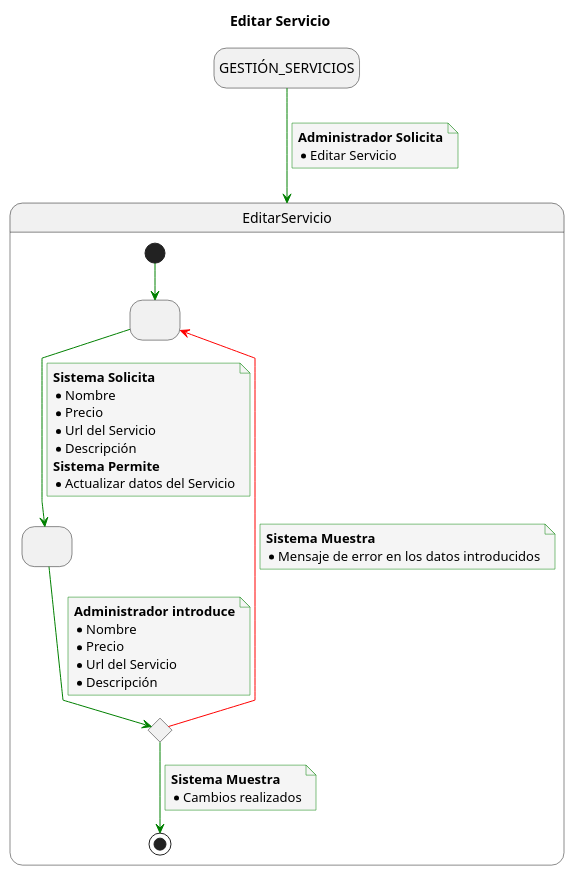
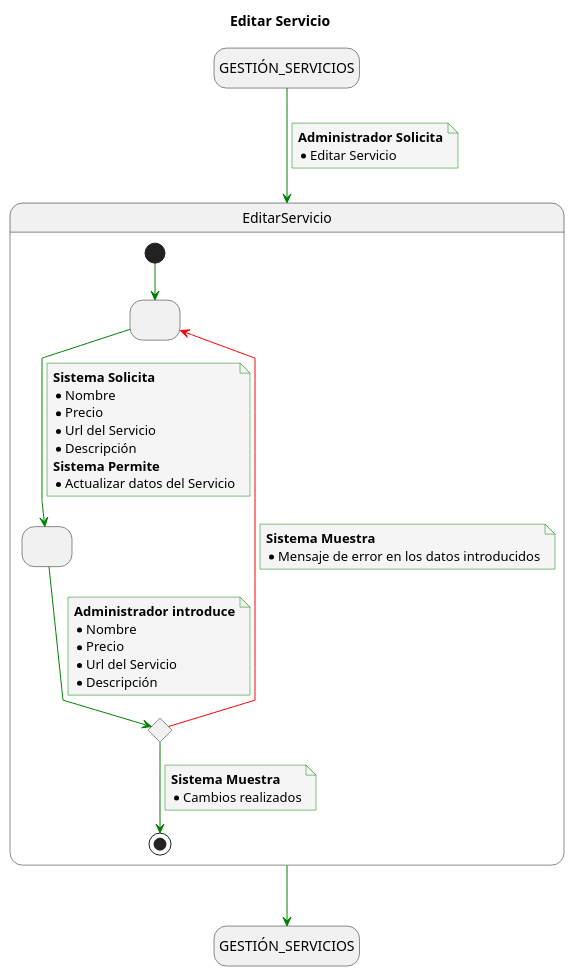
Before and after one commit to mmasias/23-24-IdSw1-SDR: the diagram in Caso_de_Uso/Casos_de_Uso/Usuarios/Administrador/CRUD_Servicio/Editar_Servicio/Caso_de_Uso.puml, drawn with PlantUML. The commit also changed 59 other files, not shown here.

```diff
--- a/Caso_de_Uso/Casos_de_Uso/Usuarios/Administrador/CRUD_Servicio/Editar_Servicio/Caso_de_Uso.puml
+++ b/Caso_de_Uso/Casos_de_Uso/Usuarios/Administrador/CRUD_Servicio/Editar_Servicio/Caso_de_Uso.puml
@@ -1,63 +1,66 @@
 @startuml
 
 title Editar Servicio
 
 skinparam {
     NoteBackgroundColor #whiteSmoke
     ArrowColor #green
     NoteBorderColor #green
     linetype polyline
 }
 
 hide empty description
 
 state startState as "GESTIÓN_SERVICIOS"
+state endState as "GESTIÓN_SERVICIOS"
 
 startState --> EditarServicio
 note on link
     <b>Administrador Solicita</b>
     * Editar Servicio
 end note
+
+EditarServicio --> endState
 
 state EditarServicio {
 state 2 as " "
 state 3 as " "
 state 4 <<choice>>
 
 [*] -down-> 2
 
 2 -down-> 3
 note on link
 <b>Sistema Solicita</b>
 * Nombre
 * Precio
 * Url del Servicio
 * Descripción
 <b>Sistema Permite</b>
 * Actualizar datos del Servicio
 end note
 
 3 -down-> 4
 note on link
 <b>Administrador introduce</b>
 * Nombre
 * Precio
 * Url del Servicio
 * Descripción
 end note
 
 4 -down-> [*]
 note on link
 <b>Sistema Muestra</b>
 * Cambios realizados
 end note
 
 4 -[#red]-> 2
 note on link
 <b>Sistema Muestra</b>
 * Mensaje de error en los datos introducidos
 end note
 
 }
 
 @enduml
```
